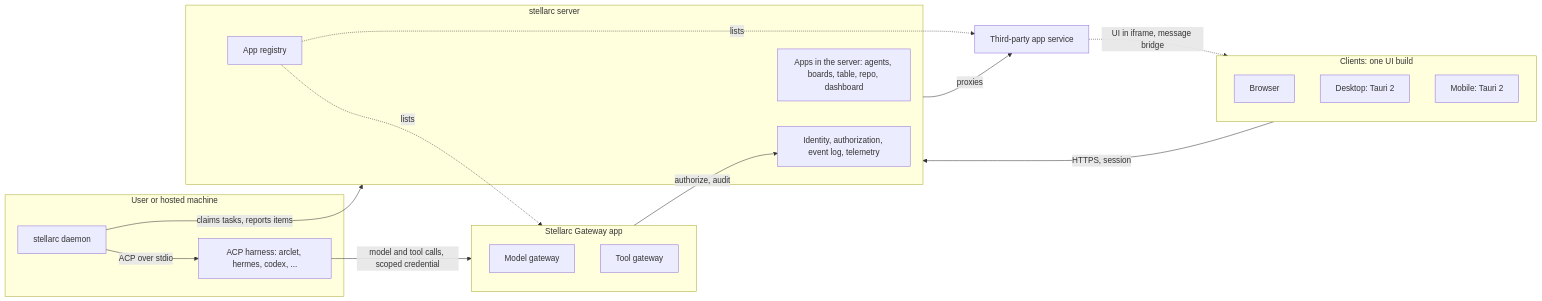
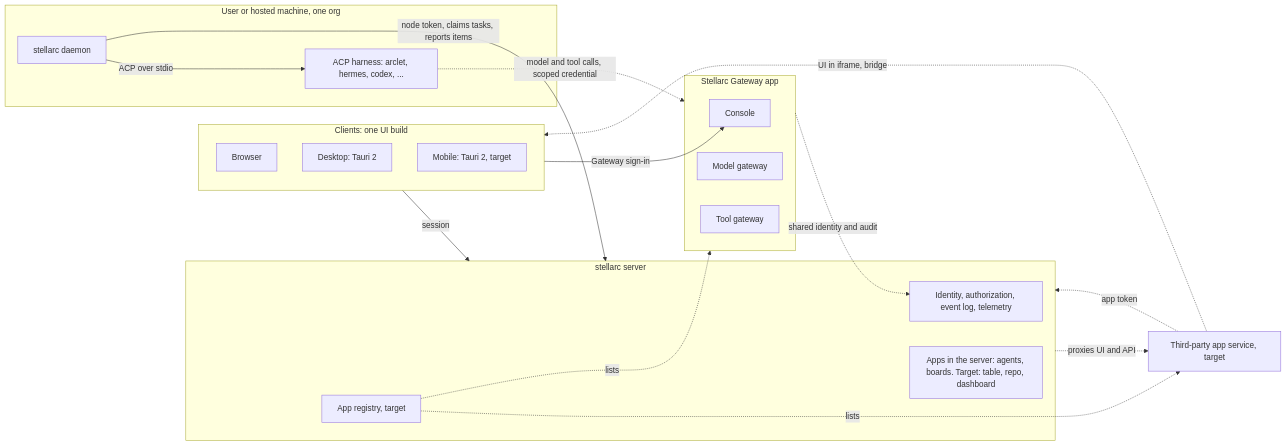
The diagram in docs/adrs/0015-apps-clients-and-arclet.md (NevrLabs/stellarc), drawn with Mermaid before and after one commit. The commit also changed other lines of this file, not shown here.

````diff
--- a/docs/adrs/0015-apps-clients-and-arclet.md
+++ b/docs/adrs/0015-apps-clients-and-arclet.md
@@ -124,31 +245,34 @@
 ```mermaid
 flowchart LR
   subgraph clients[Clients: one UI build]
     web[Browser]
     desk[Desktop: Tauri 2]
-    mob[Mobile: Tauri 2]
+    mob[Mobile: Tauri 2, target]
   end
   subgraph server[stellarc server]
     core[Identity, authorization, event log, telemetry]
-    reg[App registry]
-    inproc[Apps in the server: agents, boards, table, repo, dashboard]
+    reg[App registry, target]
+    inproc[Apps in the server: agents, boards. Target: table, repo, dashboard]
   end
   subgraph gw[Stellarc Gateway app]
+    console[Console]
     model[Model gateway]
     tool[Tool gateway]
   end
-  third[Third-party app service]
-  subgraph machine[User or hosted machine]
+  third[Third-party app service, target]
+  subgraph machine[User or hosted machine, one org]
     daemon[stellarc daemon]
     harness[ACP harness: arclet, hermes, codex, ...]
   end
-  clients -->|HTTPS, session| server
+  clients -->|session| server
+  clients -->|Gateway sign-in| console
+  daemon -->|node token, claims tasks, reports items| server
+  daemon -->|ACP over stdio| harness
   reg -.->|lists| gw
   reg -.->|lists| third
-  server -->|proxies| third
-  third -.->|UI in iframe, message bridge| clients
-  daemon -->|claims tasks, reports items| server
-  daemon -->|ACP over stdio| harness
-  harness -->|model and tool calls, scoped credential| gw
-  gw -->|authorize, audit| core
+  server -.->|proxies UI and API| third
+  third -.->|app token| server
+  third -.->|UI in iframe, bridge| clients
+  harness -.->|model and tool calls, scoped credential| gw
+  gw -.->|shared identity and audit| core
 ```
````
